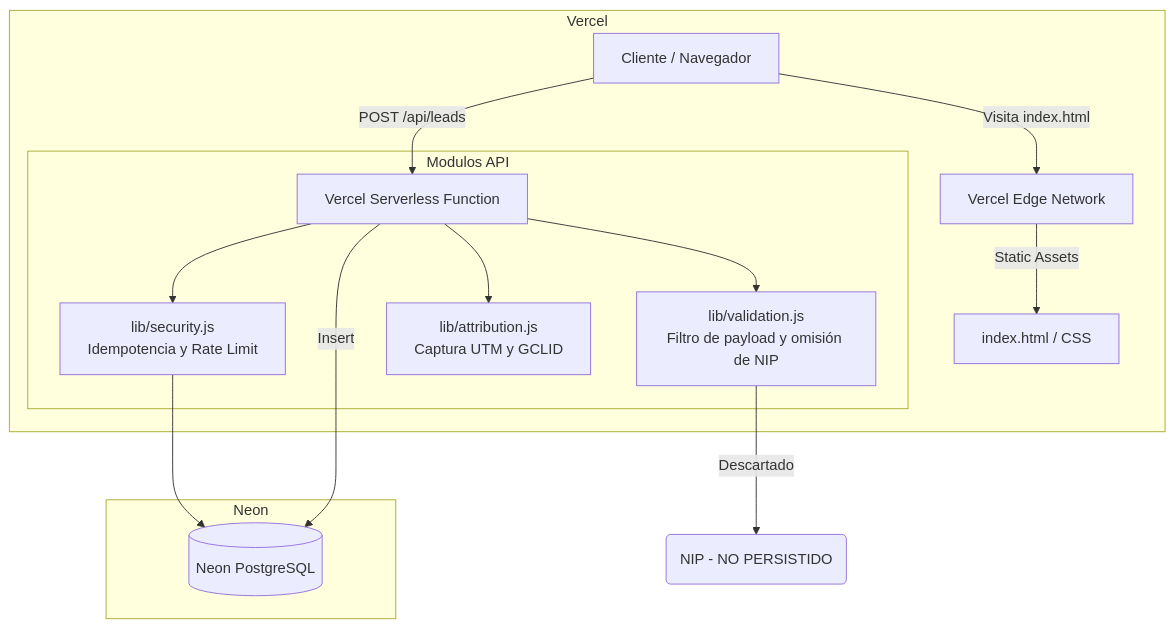
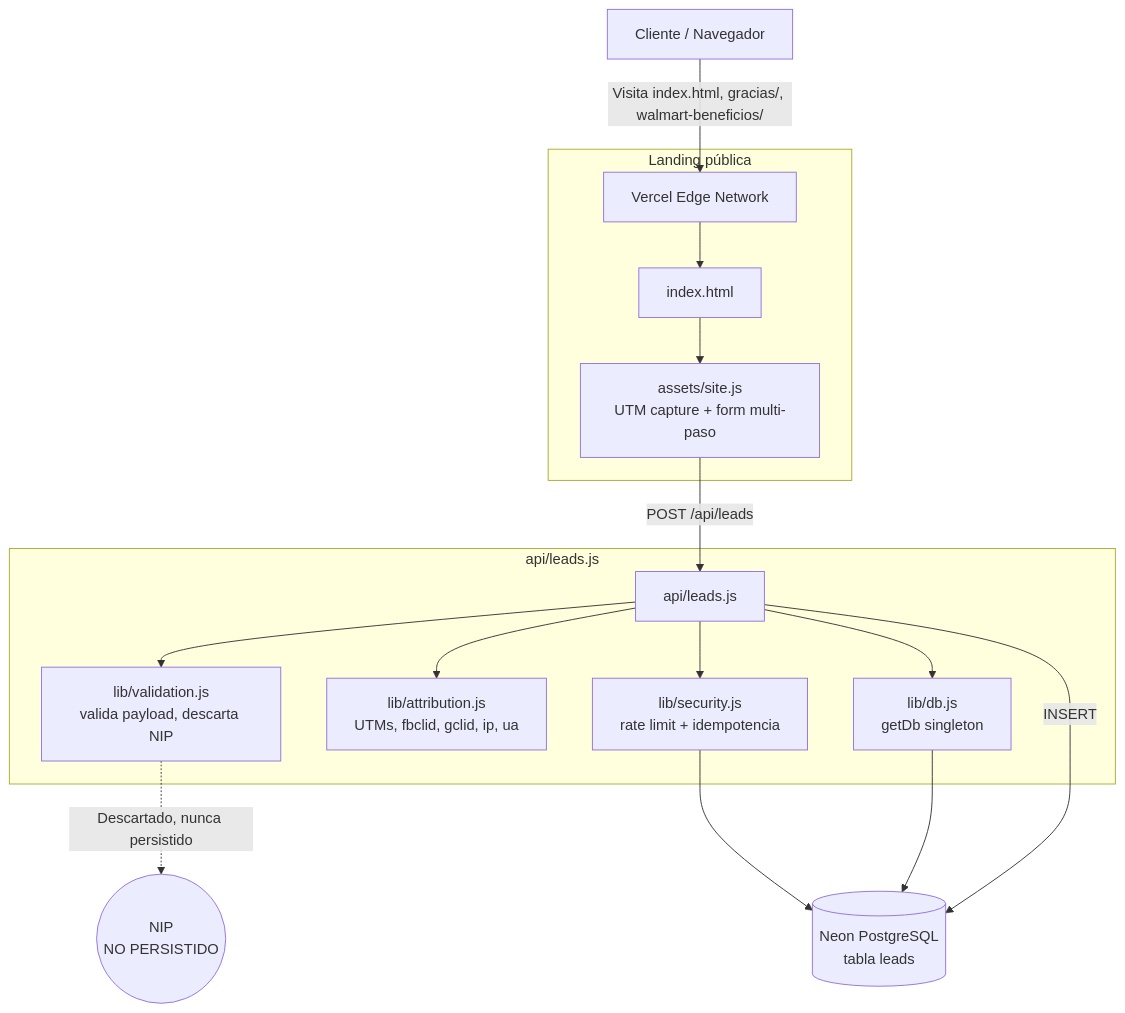
The first of 4 diagrams in docs/graph/architecture.md (marketinggrupoconcentra-gif/baitprepago2), drawn with Mermaid before and after one commit. The commit also changed other lines of this file and 21 other files, not shown here.

````diff
--- a/docs/graph/architecture.md
+++ b/docs/graph/architecture.md
@@ -3,22 +14,24 @@
 ```mermaid
 flowchart TD
-    Client[Cliente / Navegador] -->|Visita index.html| Static[Vercel Edge Network]
-    
-    subgraph Vercel
-        Static -->|Static Assets| index[index.html / CSS]
-        Client -->|POST /api/leads| API[Vercel Serverless Function]
-        
-        subgraph Modulos API
-            API --> Validation[lib/validation.js<br>Filtro de payload y omisión de NIP]
-            API --> Security[lib/security.js<br>Idempotencia y Rate Limit]
-            API --> Attribution[lib/attribution.js<br>Captura UTM y GCLID]
-        end
+    Client[Cliente / Navegador] -->|Visita index.html, gracias/, walmart-beneficios/| Static[Vercel Edge Network]
+
+    subgraph Landing[" Landing pública "]
+        Static --> Index[index.html]
+        Index --> SiteJS[assets/site.js<br/>UTM capture + form multi-paso]
     end
-    
-    subgraph Neon
-        Security --> DB[(Neon PostgreSQL)]
-        API -->|Insert| DB
+
+    SiteJS -->|POST /api/leads| LeadsAPI[api/leads.js]
+
+    subgraph LeadsHandler[" api/leads.js "]
+        LeadsAPI --> Validation[lib/validation.js<br/>valida payload, descarta NIP]
+        LeadsAPI --> Attribution[lib/attribution.js<br/>UTMs, fbclid, gclid, ip, ua]
+        LeadsAPI --> Security[lib/security.js<br/>rate limit + idempotencia]
+        LeadsAPI --> DBLib[lib/db.js<br/>getDb singleton]
     end
-    
-    Validation -- Descartado --> PII(NIP - NO PERSISTIDO)
+
+    Security --> DB[(Neon PostgreSQL<br/>tabla leads)]
+    DBLib --> DB
+    LeadsAPI -->|INSERT| DB
+
+    Validation -.->|Descartado, nunca persistido| PII(("NIP<br/>NO PERSISTIDO"))
 ```
````
